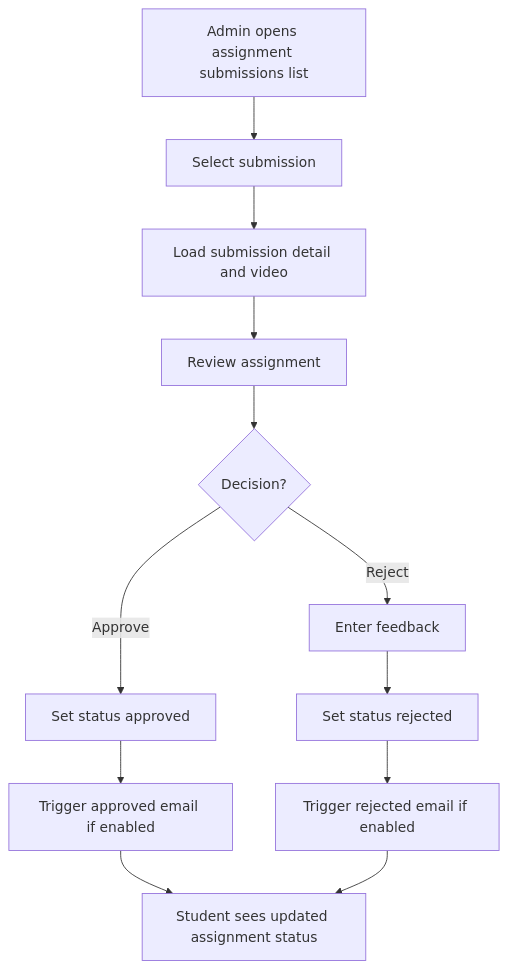
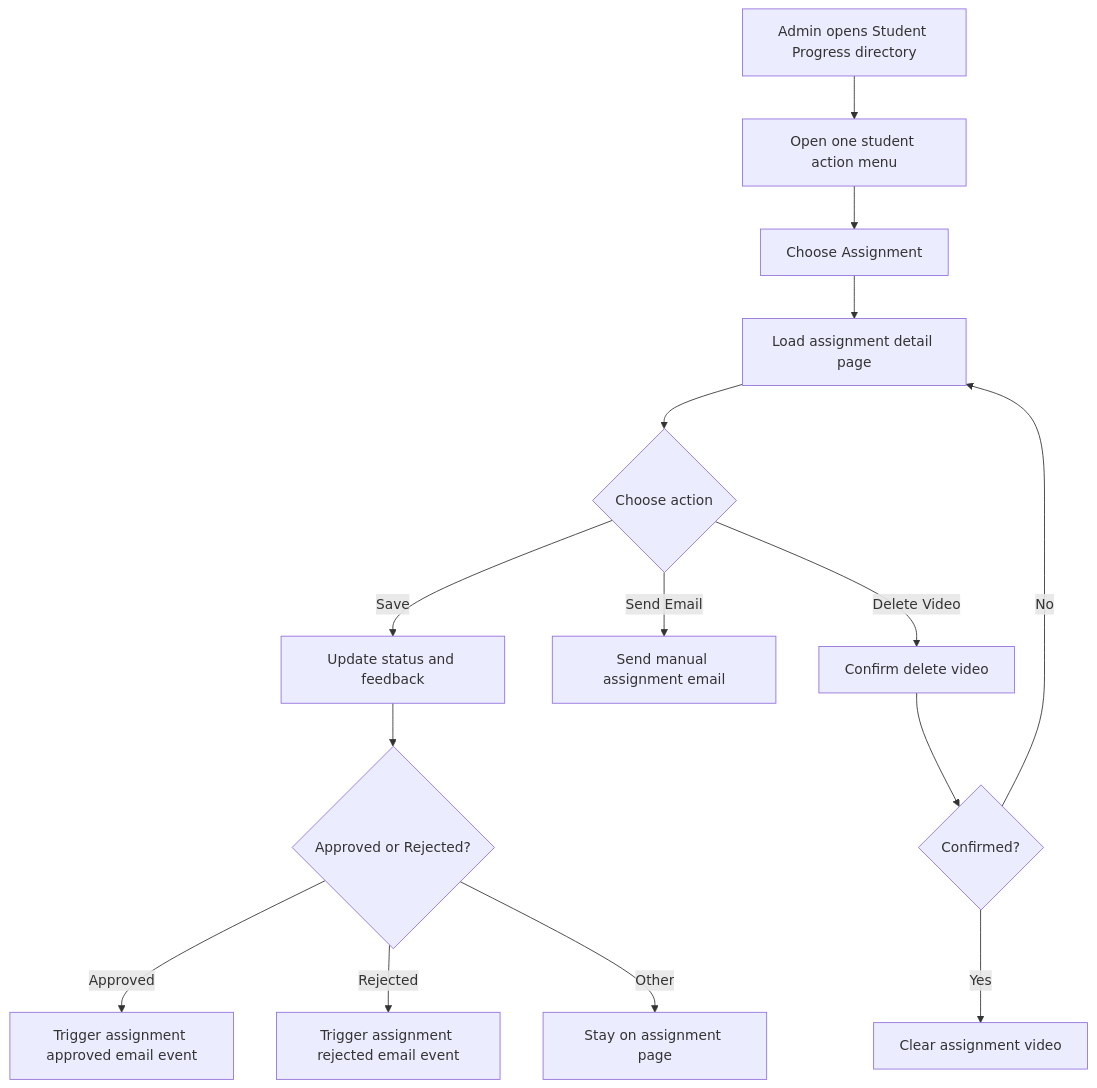
Before and after one commit to weslyambaritaa/YogaFX-Learning-Management-System-Web: the diagram in docs/mermaid/assignment-review-flow.mmd, drawn with Mermaid. The commit also changed 44 other files, not shown here.

Commit message:
docs: refresh project documentation, flows, and diagrams as source of truth

```diff
--- a/docs/mermaid/assignment-review-flow.mmd
+++ b/docs/mermaid/assignment-review-flow.mmd
@@ -1,12 +1,15 @@
 flowchart TD
-    A[Admin opens assignment submissions list] --> B[Select submission]
-    B --> C[Load submission detail and video]
-    C --> D[Review assignment]
-    D --> E{Decision?}
-    E -->|Approve| F[Set status approved]
-    E -->|Reject| G[Enter feedback]
-    G --> H[Set status rejected]
-    F --> I[Trigger approved email if enabled]
-    H --> J[Trigger rejected email if enabled]
-    I --> K[Student sees updated assignment status]
-    J --> K
+    A[Admin opens Student Progress directory] --> B[Open one student action menu]
+    B --> C[Choose Assignment]
+    C --> D[Load assignment detail page]
+    D --> E{Choose action}
+    E -->|Save| F[Update status and feedback]
+    E -->|Send Email| G[Send manual assignment email]
+    E -->|Delete Video| H[Confirm delete video]
+    H --> I{Confirmed?}
+    I -->|No| D
+    I -->|Yes| J[Clear assignment video]
+    F --> K{Approved or Rejected?}
+    K -->|Approved| L[Trigger assignment approved email event]
+    K -->|Rejected| M[Trigger assignment rejected email event]
+    K -->|Other| N[Stay on assignment page]
```
